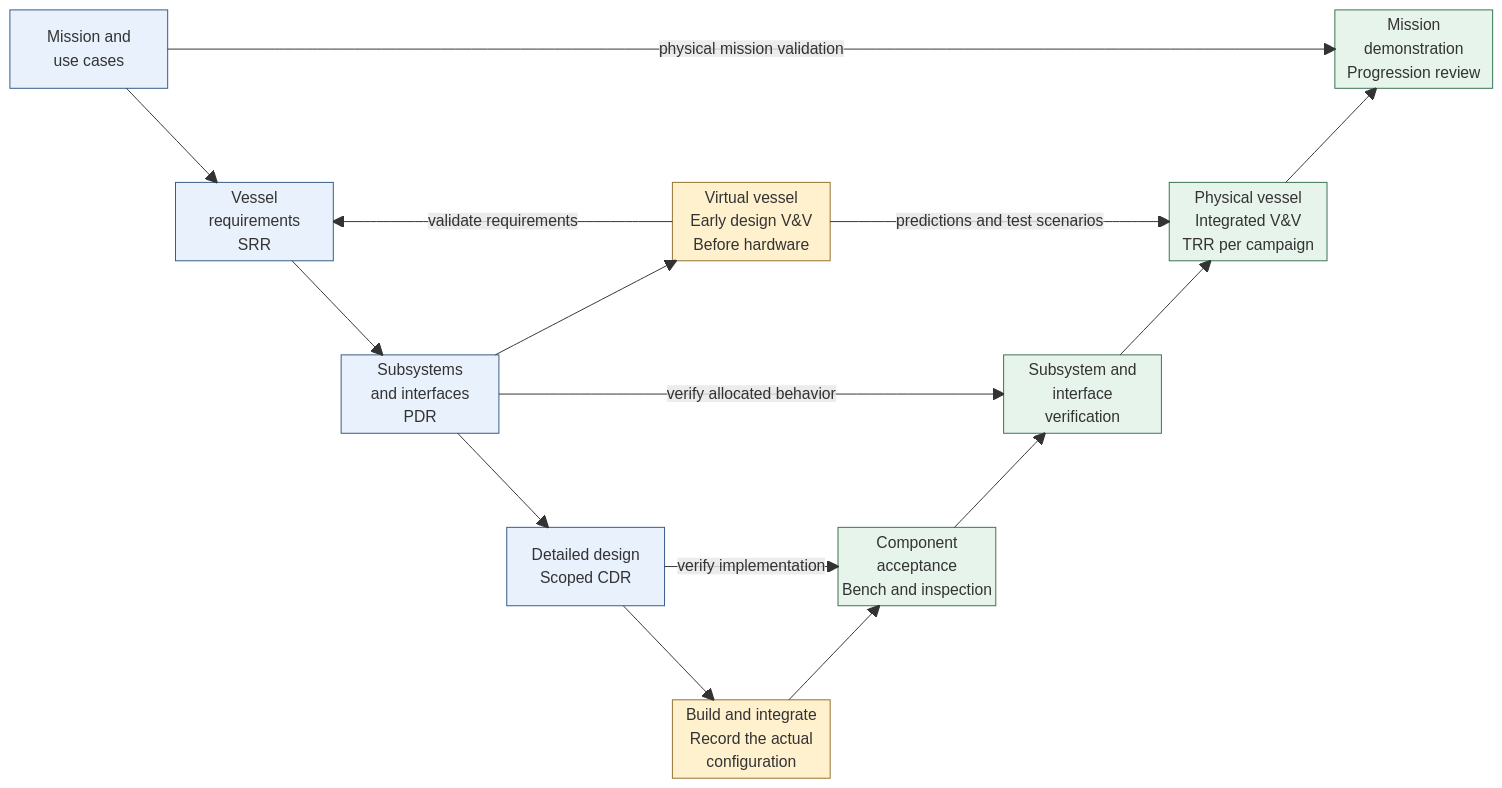
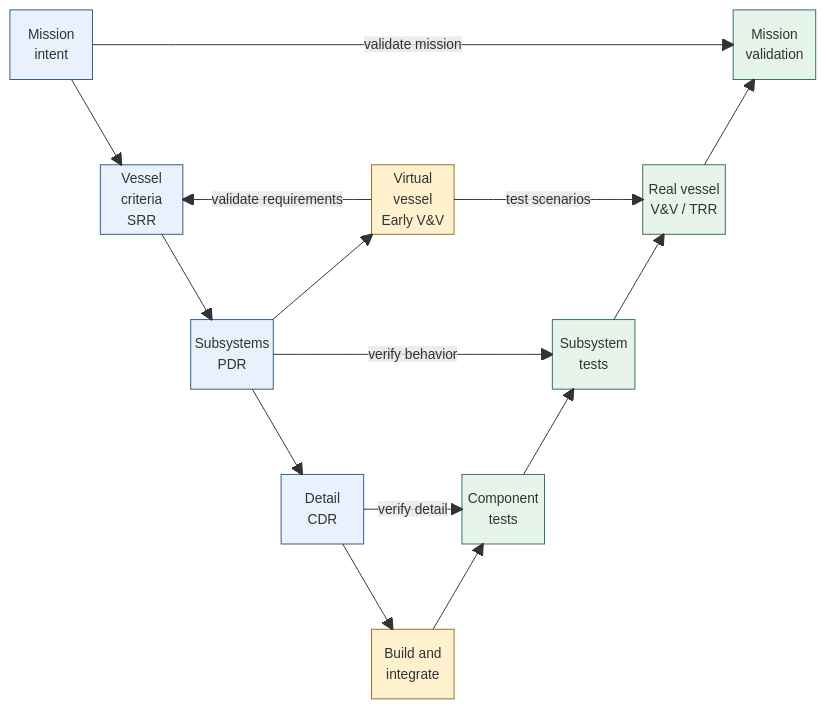
One commit to DavidIngraham/sv-blue-dog changed the second of 3 diagrams in docs/development-plan.md. Above: the diagram before and after it, drawn with Mermaid. The commit also changed other lines of this file and 72 other files, not shown here.

````diff
--- a/docs/development-plan.md
+++ b/docs/development-plan.md
@@ -65,33 +33,38 @@
 ```mermaid
+---
+config:
+  themeVariables:
+    fontSize: "14px"
+---
 block-beta
     columns 9
-    mission["Mission and<br/>use cases"] space:7 demonstration["Mission<br/>demonstration<br/>Progression review"]
+    mission["Mission<br/>intent"] space:7 demonstration["Mission<br/>validation"]
     space:9
-    space requirements["Vessel<br/>requirements<br/>SRR"] space:2 simulation["Virtual vessel<br/>Early design V&V<br/>Before hardware"] space:2 integrated["Physical vessel<br/>Integrated V&V<br/>TRR per campaign"] space
+    space requirements["Vessel<br/>criteria<br/>SRR"] space:2 simulation["Virtual<br/>vessel<br/>Early V&V"] space:2 integrated["Real vessel<br/>V&V / TRR"] space
     space:9
-    space:2 architecture["Subsystems<br/>and interfaces<br/>PDR"] space:3 subsystem["Subsystem and<br/>interface<br/>verification"] space:2
+    space:2 architecture["Subsystems<br/>PDR"] space:3 subsystem["Subsystem<br/>tests"] space:2
     space:9
-    space:3 detail["Detailed design<br/>Scoped CDR"] space component["Component<br/>acceptance<br/>Bench and inspection"] space:3
+    space:3 detail["Detail<br/>CDR"] space component["Component<br/>tests"] space:3
     space:9
-    space:4 build["Build and integrate<br/>Record the actual<br/>configuration"] space:4
+    space:4 build["Build and<br/>integrate"] space:4
     mission --> requirements
     requirements --> architecture
     architecture --> detail
     detail --> build
     build --> component
     component --> subsystem
     subsystem --> integrated
     integrated --> demonstration
-    mission -- "physical mission validation" --> demonstration
+    mission -- "validate mission" --> demonstration
     simulation -- "validate requirements" --> requirements
     architecture --> simulation
-    simulation -- "predictions and test scenarios" --> integrated
-    architecture -- "verify allocated behavior" --> subsystem
-    detail -- "verify implementation" --> component
+    simulation -- "test scenarios" --> integrated
+    architecture -- "verify behavior" --> subsystem
+    detail -- "verify detail" --> component
     classDef intent fill:#e9f1fc,stroke:#345b87,color:#183047
     classDef evidence fill:#e7f4ec,stroke:#397251,color:#183047
     classDef learning fill:#fff1ce,stroke:#92712d,color:#183047
     class mission,requirements,architecture,detail intent
     class component,subsystem,integrated,demonstration evidence
     class simulation,build learning
 ```
````
